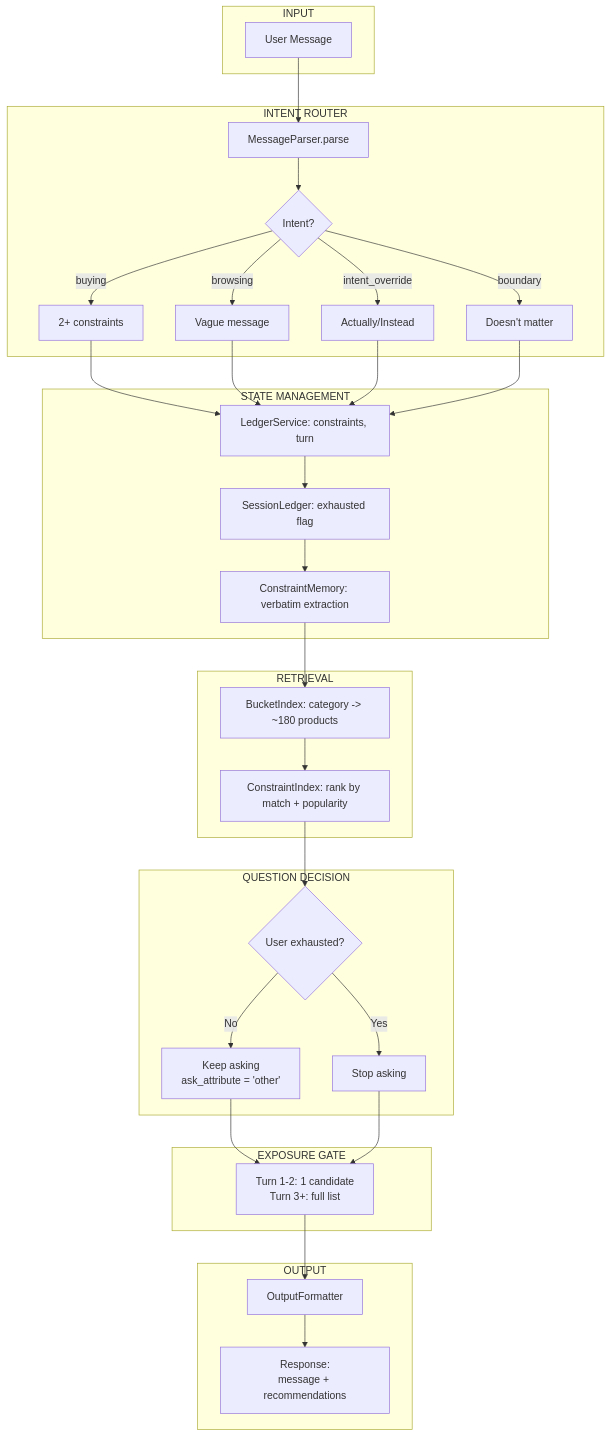
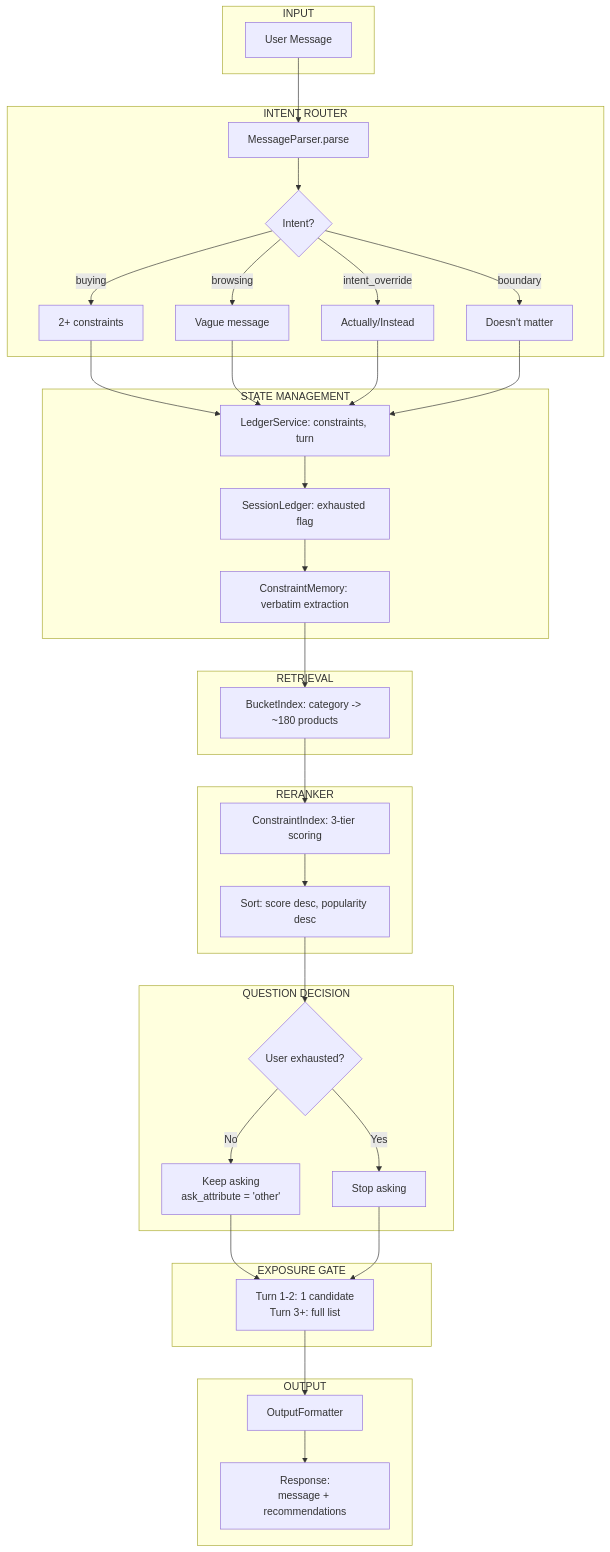
One commit to johngao122/techjam-conversational-search changed the first of 3 diagrams in docs/diagrams/architecture.md. Above: the diagram before and after it, drawn with Mermaid. The commit also changed other lines of this file and 8 other files, not shown here.

Commit message:
update diagram

````diff
--- a/docs/diagrams/architecture.md
+++ b/docs/diagrams/architecture.md
@@ -61,54 +67,59 @@
 ```mermaid
 flowchart TD
     subgraph INPUT
         A[User Message]
     end
 
     subgraph INTENT_ROUTER["INTENT ROUTER"]
         B[MessageParser.parse]
         B1{Intent?}
         B1 -->|buying| B2[2+ constraints]
         B1 -->|browsing| B3[Vague message]
         B1 -->|intent_override| B4[Actually/Instead]
         B1 -->|boundary| B5[Doesn't matter]
     end
 
     subgraph STATE["STATE MANAGEMENT"]
         LS[LedgerService: constraints, turn]
         SL[SessionLedger: exhausted flag]
         CM[ConstraintMemory: verbatim extraction]
     end
 
     subgraph RETRIEVAL["RETRIEVAL"]
         BI[BucketIndex: category -> ~180 products]
-        CI[ConstraintIndex: rank by match + popularity]
-        BI --> CI
+    end
+
+    subgraph RERANKER["RERANKER"]
+        CI[ConstraintIndex: 3-tier scoring]
+        CI2[Sort: score desc, popularity desc]
+        CI --> CI2
     end
 
     subgraph QUESTION["QUESTION DECISION"]
         QD{User exhausted?}
         QD -->|No| ASK["Keep asking<br/>ask_attribute = 'other'"]
         QD -->|Yes| STOP[Stop asking]
     end
 
     subgraph EXPOSURE["EXPOSURE GATE"]
         EG["Turn 1-2: 1 candidate<br/>Turn 3+: full list"]
     end
 
     subgraph OUTPUT["OUTPUT"]
         OF[OutputFormatter]
         RESP["Response:<br/>message + recommendations"]
     end
 
     A --> B
     B --> B1
     B2 & B3 & B4 & B5 --> LS
     LS --> SL
     SL --> CM
     CM --> BI
-    CI --> QD
+    BI --> CI
+    CI2 --> QD
     ASK --> EG
     STOP --> EG
     EG --> OF
     OF --> RESP
 ```
````
